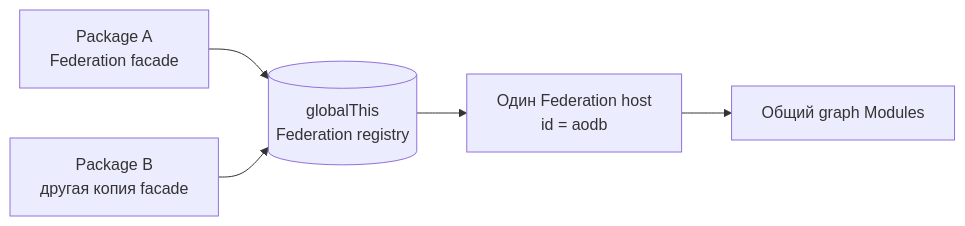
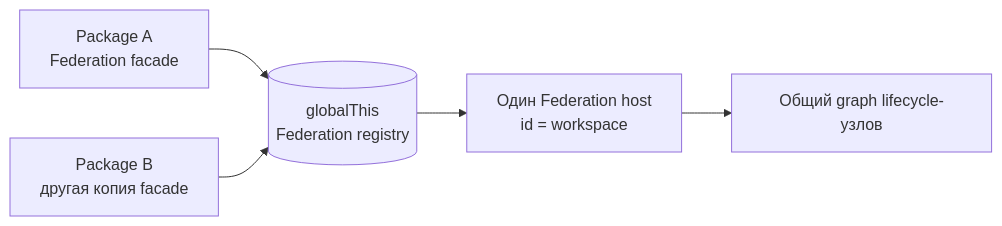
One commit to endge-lab/configurator-docs changed the second of 2 diagrams in docs/advanced/index.md. Above: the diagram before and after it, drawn with Mermaid. The commit also changed other lines of this file and 16 other files, not shown here.

Commit message:
feat: trigger sequence

````diff
--- a/docs/advanced/index.md
+++ b/docs/advanced/index.md
@@ -39,12 +42,12 @@
 ```mermaid
 flowchart LR
   PACKAGE_A["Package A<br/>Federation facade"] --> REGISTRY[("globalThis<br/>Federation registry")]
   PACKAGE_B["Package B<br/>другая копия facade"] --> REGISTRY
-  REGISTRY --> HOST["Один Federation host<br/>id = aodb"]
-  HOST --> MODULES["Общий graph Modules"]
+  REGISTRY --> HOST["Один Federation host<br/>id = workspace"]
+  HOST --> MODULES["Общий graph lifecycle-узлов"]
 
   class PACKAGE_A,PACKAGE_B endgePackage
   class REGISTRY endgeRegistry
   class HOST endgeFederation
   class MODULES endgeModule
 ```
````
